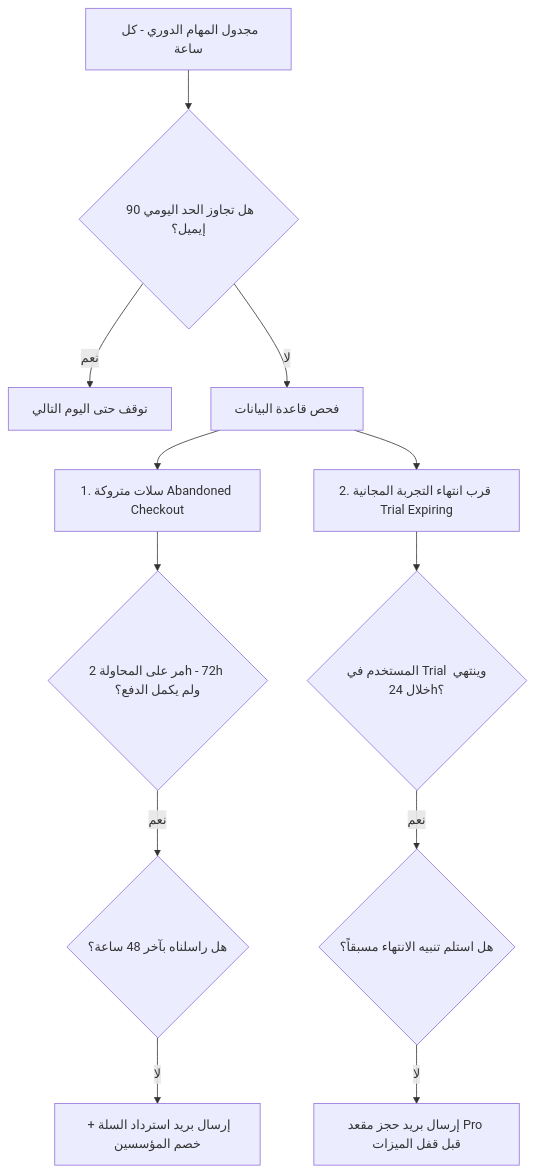
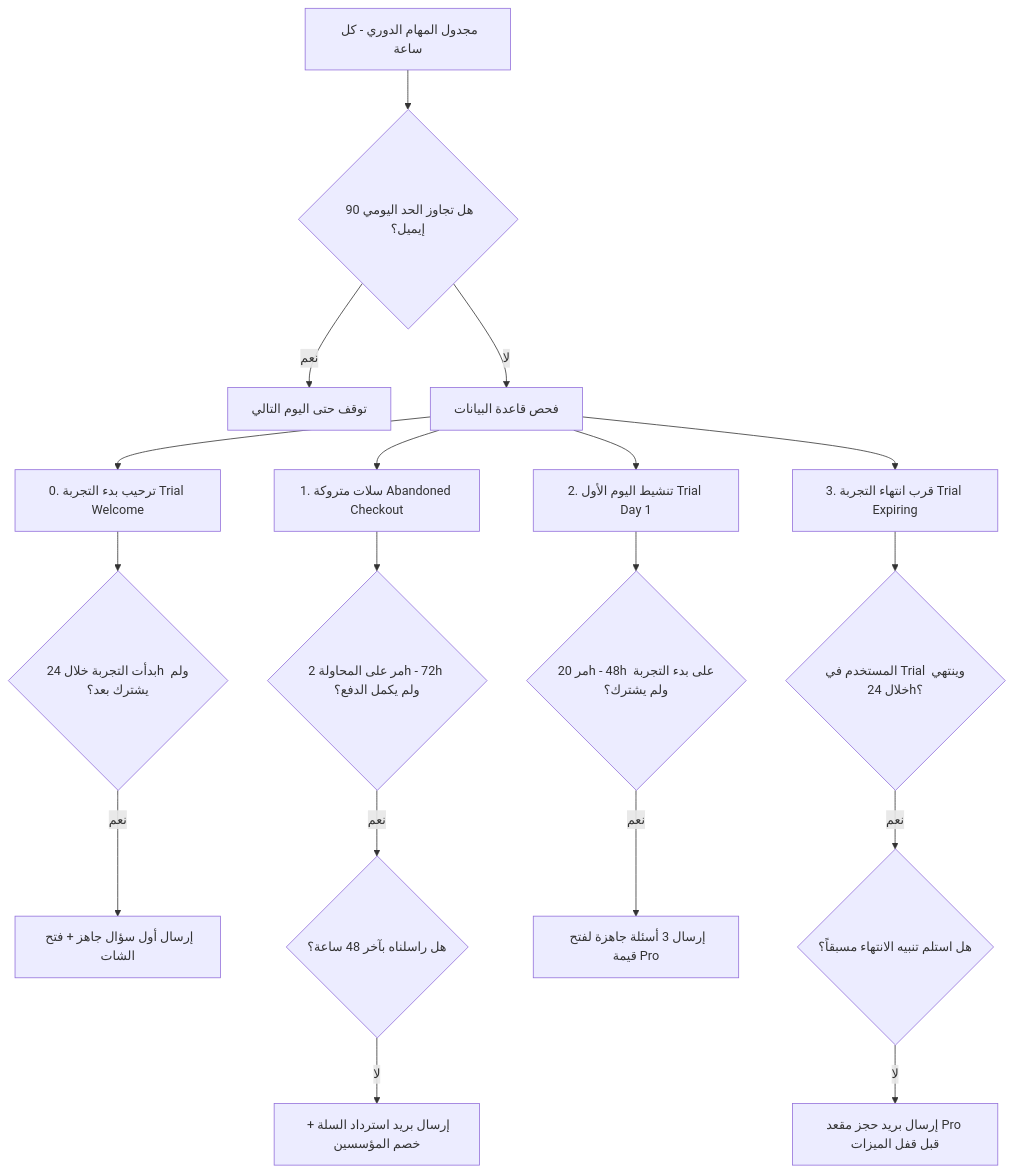
Before and after one commit to free1254141/egxbots: the diagram in docs/marketing-lifecycle-engine.md, drawn with Mermaid. The commit also changed other lines of this file and 12 other files, not shown here.

````diff
--- a/docs/marketing-lifecycle-engine.md
+++ b/docs/marketing-lifecycle-engine.md
@@ -21,17 +21,25 @@
 ```mermaid
 flowchart TD
     Trigger[مجدول المهام الدوري - كل ساعة] --> CheckCap{هل تجاوز الحد اليومي 90 إيميل؟}
     CheckCap -- نعم --> Stop[توقف حتى اليوم التالي]
     CheckCap -- لا --> ScanDB[فحص قاعدة البيانات]
 
+    ScanDB --> C0[0. ترحيب بدء التجربة Trial Welcome]
     ScanDB --> C1[1. سلات متروكة Abandoned Checkout]
-    ScanDB --> C2[2. قرب انتهاء التجربة المجانية Trial Expiring]
+    ScanDB --> C2[2. تنشيط اليوم الأول Trial Day 1]
+    ScanDB --> C3[3. قرب انتهاء التجربة Trial Expiring]
+
+    C0 --> Filter0{بدأت التجربة خلال 24h ولم يشترك بعد؟}
+    Filter0 -- نعم --> SendEmail0[إرسال أول سؤال جاهز + فتح الشات]
 
     C1 --> Filter1{مر على المحاولة 2h - 72h ولم يكمل الدفع؟}
     Filter1 -- نعم --> SpamCheck1{هل راسلناه بآخر 48 ساعة؟}
     SpamCheck1 -- لا --> SendEmail1[إرسال بريد استرداد السلة + خصم المؤسسين]
 
-    C2 --> Filter2{المستخدم في Trial وينتهي خلال 24h؟}
-    Filter2 -- نعم --> SpamCheck2{هل استلم تنبيه الانتهاء مسبقاً؟}
-    SpamCheck2 -- لا --> SendEmail2[إرسال بريد حجز مقعد Pro قبل قفل الميزات]
+    C2 --> Filter2{مر 20h - 48h على بدء التجربة ولم يشترك؟}
+    Filter2 -- نعم --> SendEmail2[إرسال 3 أسئلة جاهزة لفتح قيمة Pro]
+
+    C3 --> Filter3{المستخدم في Trial وينتهي خلال 24h؟}
+    Filter3 -- نعم --> SpamCheck3{هل استلم تنبيه الانتهاء مسبقاً؟}
+    SpamCheck3 -- لا --> SendEmail3[إرسال بريد حجز مقعد Pro قبل قفل الميزات]
 ```
````
